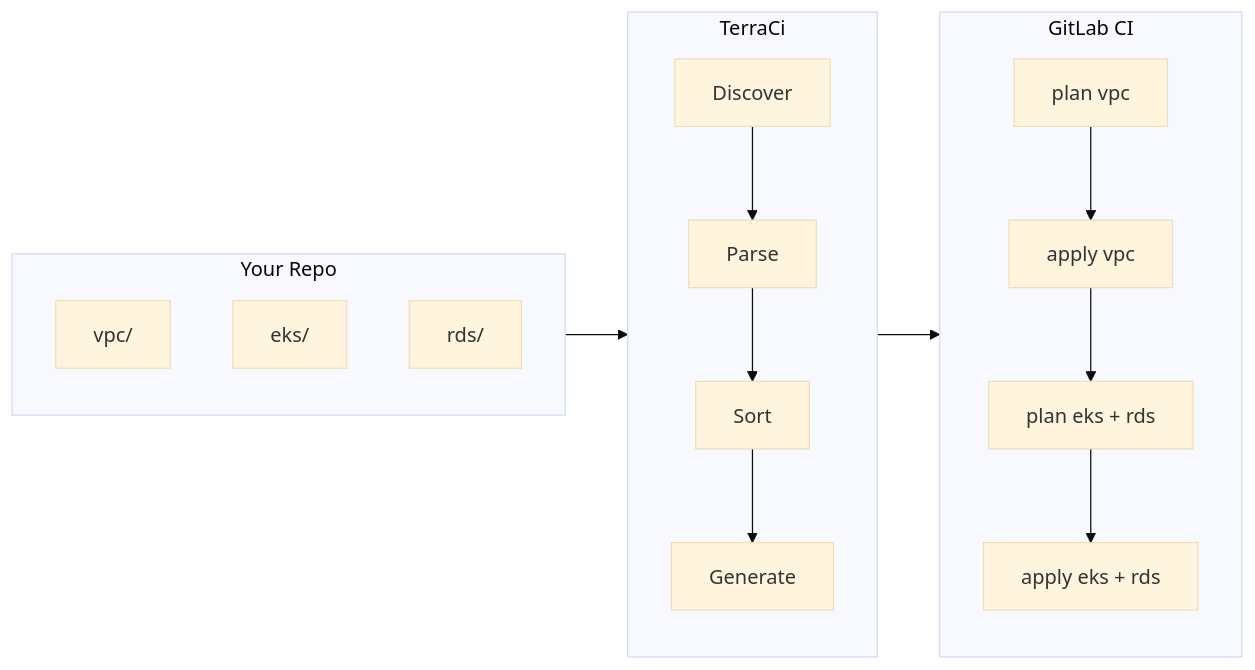
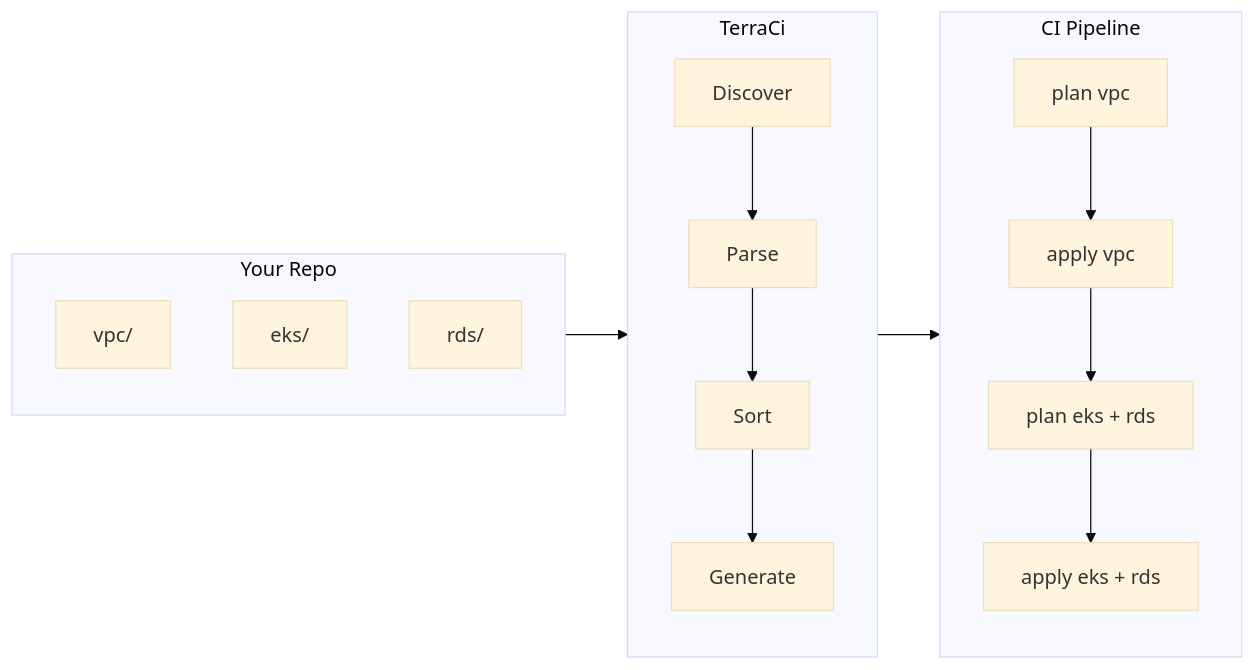
Before and after one commit to edelwud/terraci: the diagram in docs/index.md, drawn with Mermaid (base theme). The commit also changed other lines of this file and 53 other files, not shown here.

````diff
--- a/docs/index.md
+++ b/docs/index.md
@@ -74,17 +78,17 @@
 ```mermaid
 flowchart LR
   subgraph repo["Your Repo"]
     r1["vpc/"]
     r2["eks/"]
     r3["rds/"]
   end
   subgraph terraci["TerraCi"]
     t1["Discover"] --> t2["Parse"] --> t3["Sort"] --> t4["Generate"]
   end
-  subgraph gitlab["GitLab CI"]
+  subgraph ci["CI Pipeline"]
     g1["plan vpc"] --> g2["apply vpc"]
     g2 --> g3["plan eks + rds"]
     g3 --> g4["apply eks + rds"]
   end
-  repo --> terraci --> gitlab
+  repo --> terraci --> ci
 ```
````
